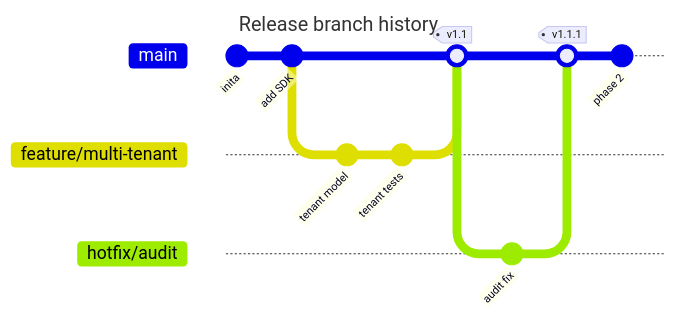
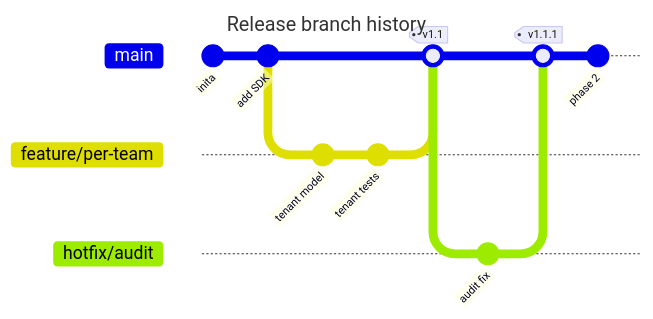
Diagram 11 of 25 in lib/components/diagram/diagram/diagram.gallery.md (SlideWright/lattice), drawn with Mermaid before and after one commit. The commit also changed other lines of this file and 4 other files, not shown here.

First line of the commit message:
content: re-theme the diagram + baseline showcase decks off codebook

````diff
--- a/lib/components/diagram/diagram/diagram.gallery.md
+++ b/lib/components/diagram/diagram/diagram.gallery.md
@@ -335,19 +335,19 @@
 ```mermaid
 ---
 title: Release branch history
 ---
 gitGraph
   commit id: "inita"
   commit id: "add SDK"
-  branch feature/multi-tenant
-  checkout feature/multi-tenant
+  branch feature/per-team
+  checkout feature/per-team
   commit id: "tenant model"
   commit id: "tenant tests"
   checkout main
-  merge feature/multi-tenant tag: "v1.1"
+  merge feature/per-team tag: "v1.1"
   branch hotfix/audit
   commit id: "audit fix"
   checkout main
   merge hotfix/audit tag: "v1.1.1"
   commit id: "phase 2"
 ```
````
